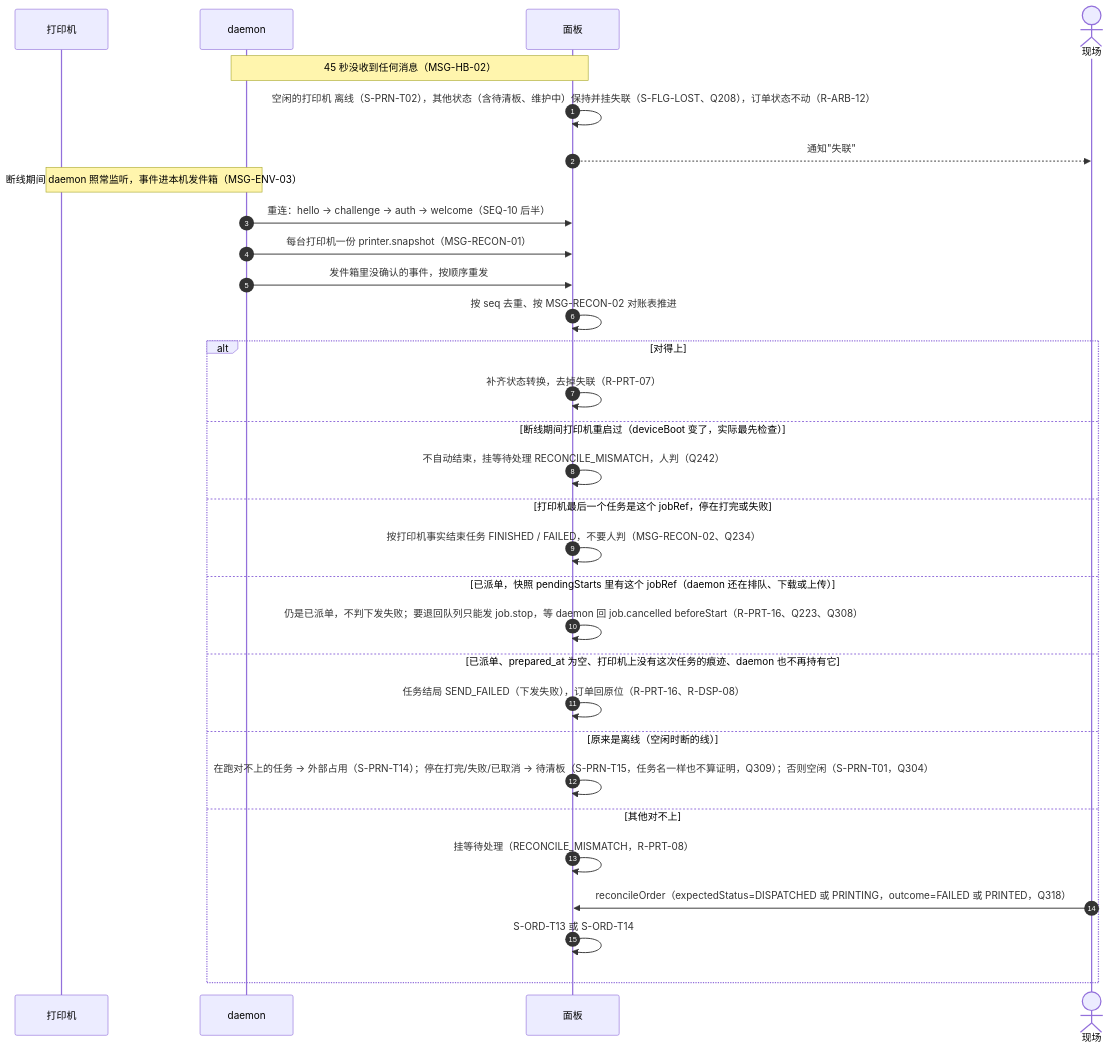
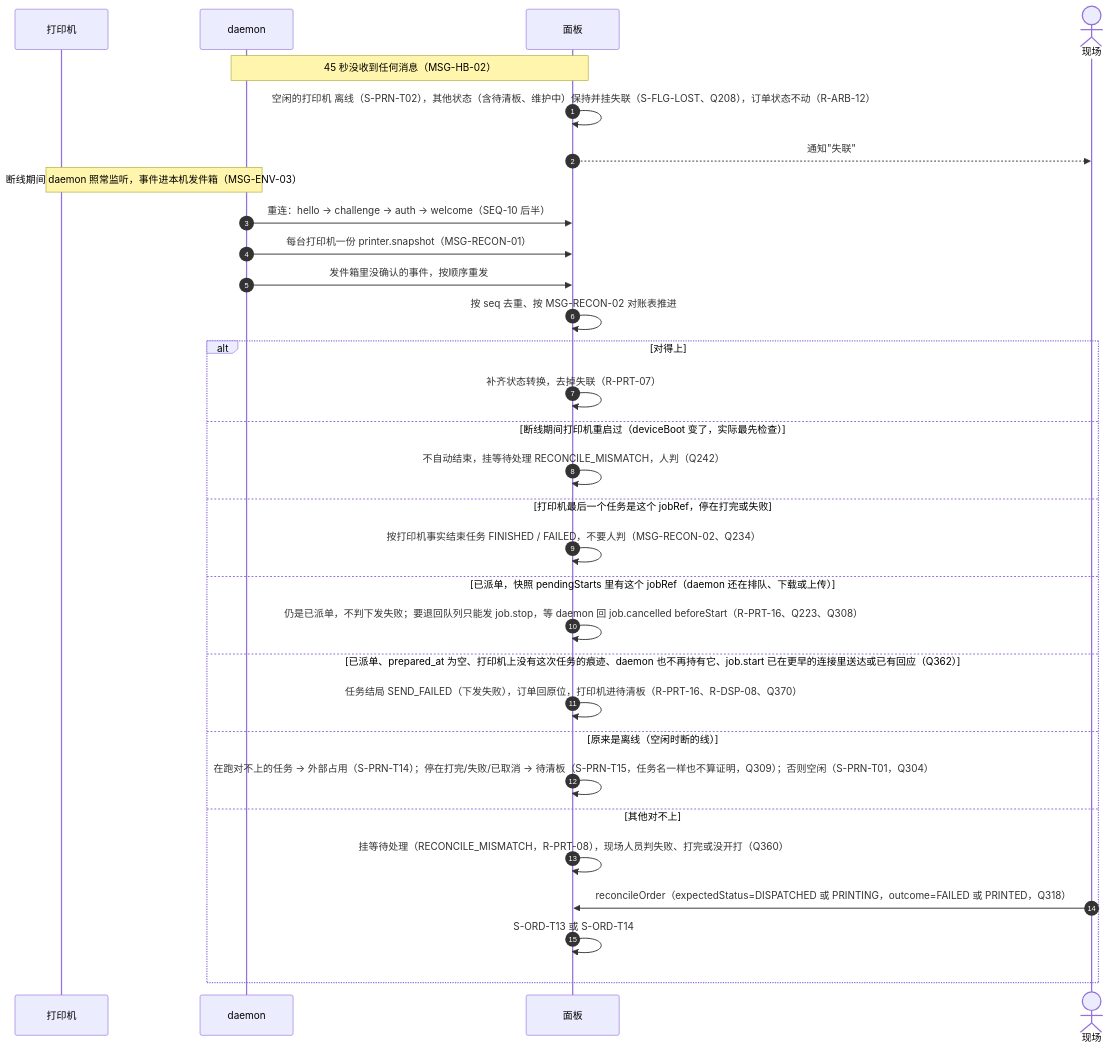
One commit to PlateRelay/PlateRelay changed the sixth of 11 diagrams in docs/design/03-sequences.md. Above: the diagram before and after it, drawn with Mermaid. The commit also changed other lines of this file and 5 other files, not shown here.

````diff
--- a/docs/design/03-sequences.md
+++ b/docs/design/03-sequences.md
@@ -247,33 +247,33 @@
 ```mermaid
 sequenceDiagram
   autonumber
   participant R as 打印机
   participant D as daemon
   participant P as 面板
   actor S as 现场
   Note over D,P: 45 秒没收到任何消息（MSG-HB-02）
   P->>P: 空闲的打印机 离线（S-PRN-T02），其他状态（含待清板、维护中）保持并挂失联（S-FLG-LOST、Q208），订单状态不动（R-ARB-12）
   P-->>S: 通知"失联"
   Note over R,D: 断线期间 daemon 照常监听，事件进本机发件箱（MSG-ENV-03）
   D->>P: 重连：hello → challenge → auth → welcome（SEQ-10 后半）
   D->>P: 每台打印机一份 printer.snapshot（MSG-RECON-01）
   D->>P: 发件箱里没确认的事件，按顺序重发
   P->>P: 按 seq 去重、按 MSG-RECON-02 对账表推进
   alt 对得上
     P->>P: 补齐状态转换，去掉失联（R-PRT-07）
   else 断线期间打印机重启过（deviceBoot 变了，实际最先检查）
     P->>P: 不自动结束，挂等待处理 RECONCILE_MISMATCH，人判（Q242）
   else 打印机最后一个任务是这个 jobRef，停在打完或失败
     P->>P: 按打印机事实结束任务 FINISHED / FAILED，不要人判（MSG-RECON-02、Q234）
   else 已派单，快照 pendingStarts 里有这个 jobRef（daemon 还在排队、下载或上传）
     P->>P: 仍是已派单，不判下发失败；要退回队列只能发 job.stop，等 daemon 回 job.cancelled beforeStart（R-PRT-16、Q223、Q308）
-  else 已派单、prepared_at 为空、打印机上没有这次任务的痕迹、daemon 也不再持有它
-    P->>P: 任务结局 SEND_FAILED（下发失败），订单回原位（R-PRT-16、R-DSP-08）
+  else 已派单、prepared_at 为空、打印机上没有这次任务的痕迹、daemon 也不再持有它、job.start 已在更早的连接里送达或已有回应（Q362）
+    P->>P: 任务结局 SEND_FAILED（下发失败），订单回原位，打印机进待清板（R-PRT-16、R-DSP-08、Q370）
   else 原来是离线（空闲时断的线）
     P->>P: 在跑对不上的任务 → 外部占用（S-PRN-T14）；停在打完/失败/已取消 → 待清板（S-PRN-T15，任务名一样也不算证明，Q309）；否则空闲（S-PRN-T01，Q304）
   else 其他对不上
-    P->>P: 挂等待处理（RECONCILE_MISMATCH，R-PRT-08）
+    P->>P: 挂等待处理（RECONCILE_MISMATCH，R-PRT-08），现场人员判失败、打完或没开打（Q360）
     S->>P: reconcileOrder（expectedStatus=DISPATCHED 或 PRINTING，outcome=FAILED 或 PRINTED，Q318）
     P->>P: S-ORD-T13 或 S-ORD-T14
   end
 ```
````
